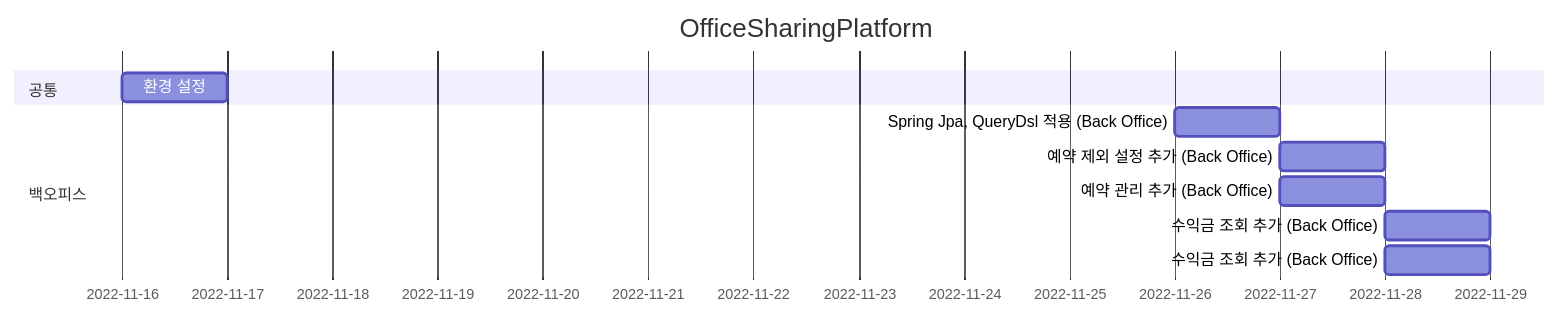
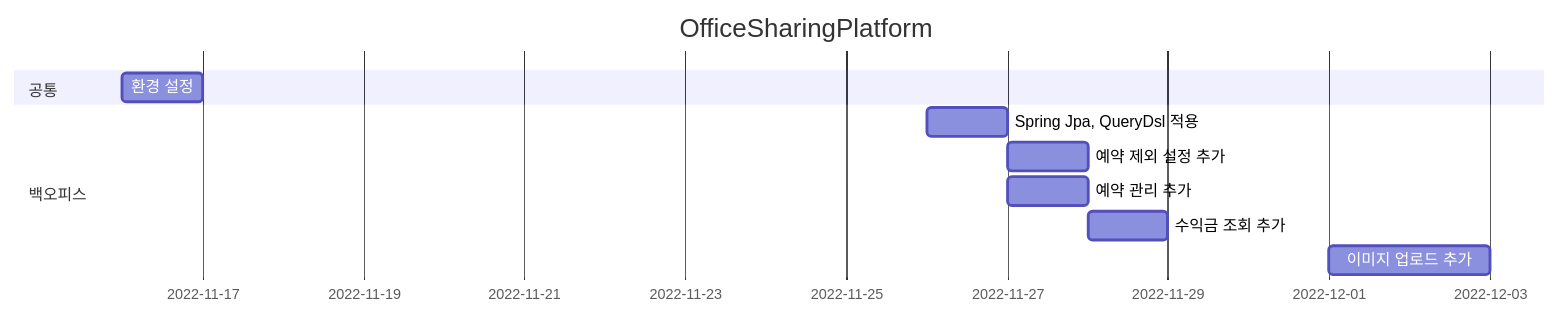
The diagram in README.md (Hell-O-Demon-World/BackOfficeTest), drawn with Mermaid before and after one commit.

Commit message:
feature : Place & Room Image

````diff
--- a/README.md
+++ b/README.md
@@ -11,16 +11,16 @@
 ```mermaid
 gantt
 dateFormat MM-DD
 title OfficeSharingPlatform
 
     section 공통
     환경 설정             :chap1, 11-16, 1d
 
     section 백오피스
-    Spring Jpa, QueryDsl 적용 (Back Office) : chap1, 11-26, 1d
-    예약 제외 설정 추가 (Back Office)           : chap2, 11-27, 1d
-    예약 관리 추가 (Back Office)               : chap3, 11-27, 1d
-    수익금 조회 추가 (Back Office)              : chap4, 11-28, 1d
-    수익금 조회 추가 (Back Office)              : chap4, 11-28, 1d
+    Spring Jpa, QueryDsl 적용 : chap1, 11-26, 1d
+    예약 제외 설정 추가           : chap2, 11-27, 1d
+    예약 관리 추가               : chap3, 11-27, 1d
+    수익금 조회 추가              : chap4, 11-28, 1d
+    이미지 업로드 추가             : chap5, 12-01, 2d
 
 ```
````
